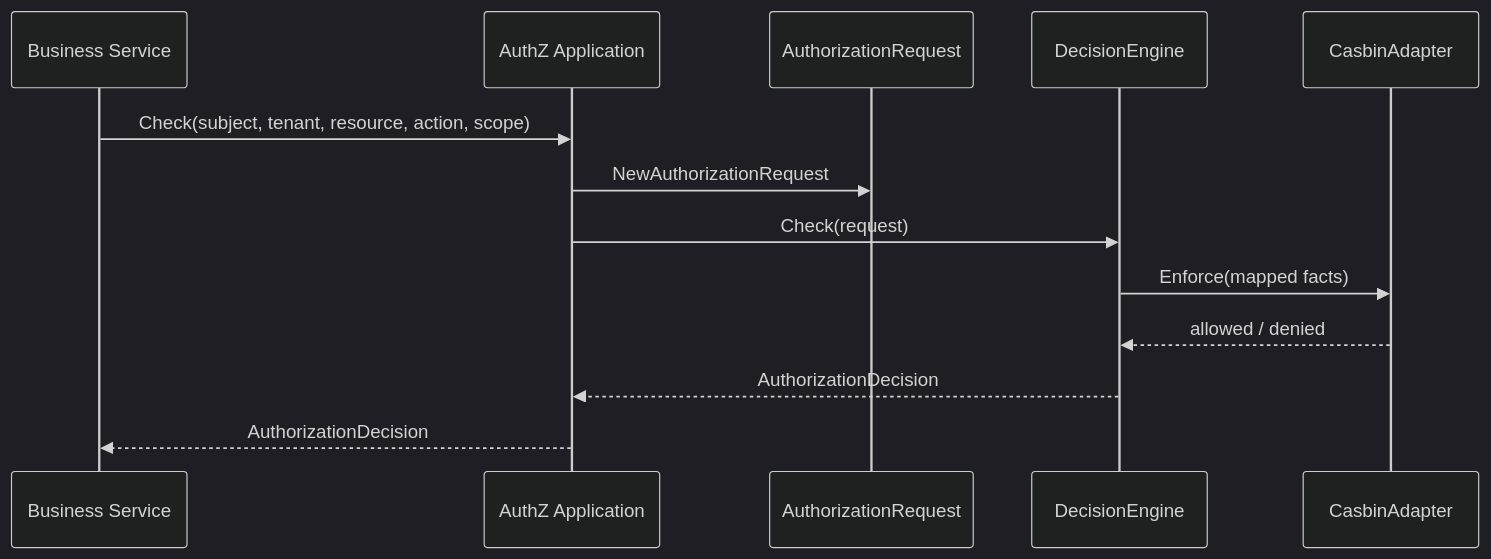
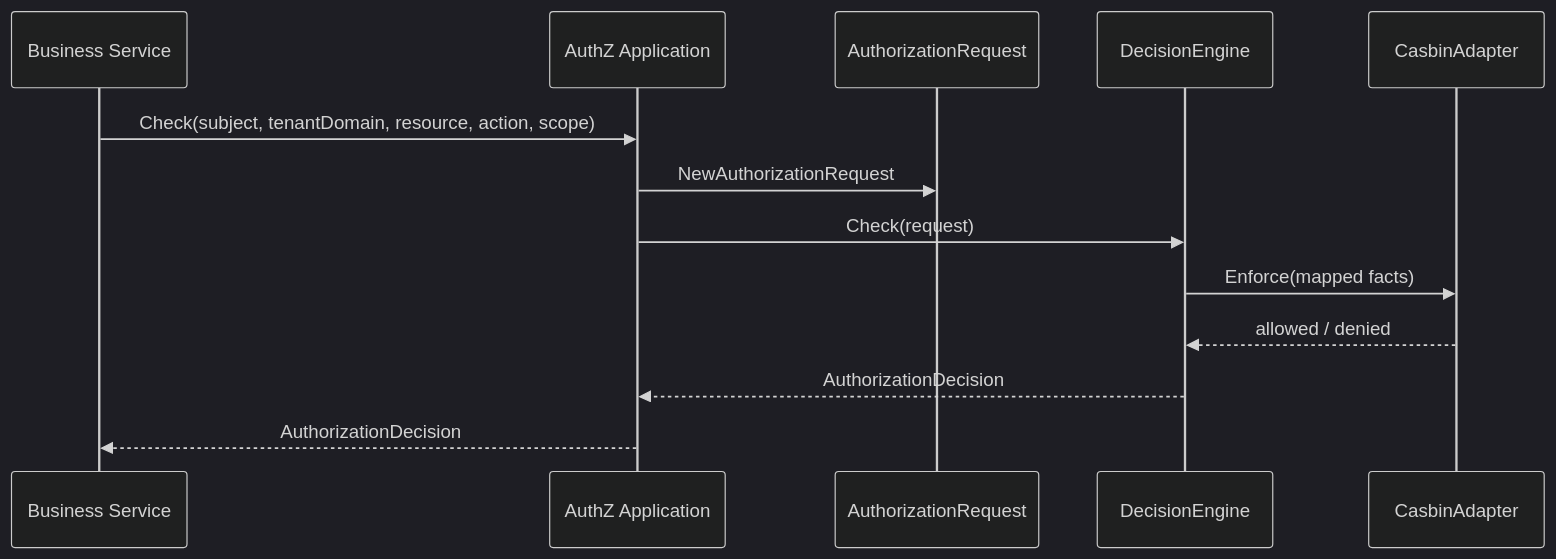
One commit to FangcunMount/iam changed diagram 14 of 35 in docs/07-宣讲/12-架构图素材索引.md. Above: the diagram before and after it, drawn with Mermaid (dark theme). The commit also changed other lines of this file and 16 other files, not shown here.

````diff
--- a/docs/07-宣讲/12-架构图素材索引.md
+++ b/docs/07-宣讲/12-架构图素材索引.md
@@ -798,16 +816,16 @@
 ```mermaid
 sequenceDiagram
     participant Service as Business Service
     participant App as AuthZ Application
     participant Req as AuthorizationRequest
     participant Engine as DecisionEngine
     participant Casbin as CasbinAdapter
 
-    Service->>App: Check(subject, tenant, resource, action, scope)
+    Service->>App: Check(subject, tenantDomain, resource, action, scope)
     App->>Req: NewAuthorizationRequest
     App->>Engine: Check(request)
     Engine->>Casbin: Enforce(mapped facts)
     Casbin-->>Engine: allowed / denied
     Engine-->>App: AuthorizationDecision
     App-->>Service: AuthorizationDecision
 ```
````
